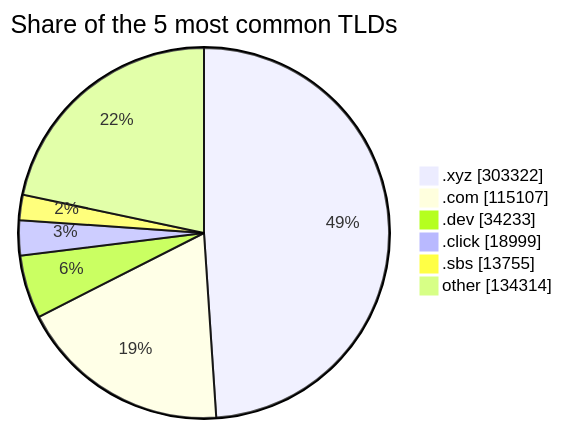
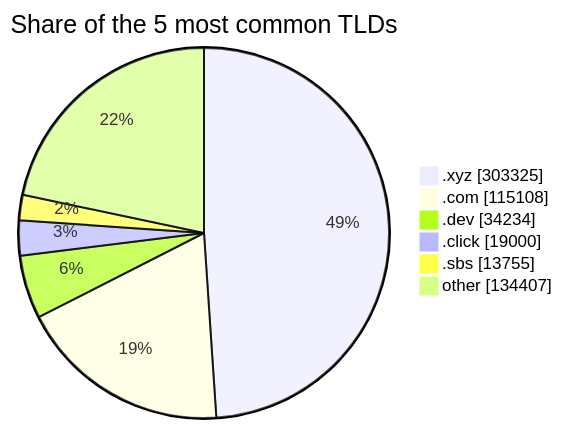
One commit to DNSBunker/CTI changed the third of 3 diagrams in README.md. Above: the diagram before and after it, drawn with Mermaid. The commit also changed other lines of this file and 3 other files, not shown here.

````diff
--- a/README.md
+++ b/README.md
@@ -81,9 +81,9 @@
 ```mermaid
 pie showData title Share of the 5 most common TLDs
-    ".xyz" : 303322
-    ".com" : 115107
-    ".dev" : 34233
-    ".click" : 18999
+    ".xyz" : 303325
+    ".com" : 115108
+    ".dev" : 34234
+    ".click" : 19000
     ".sbs" : 13755
-    "other" : 134314
+    "other" : 134407
 ```
````
